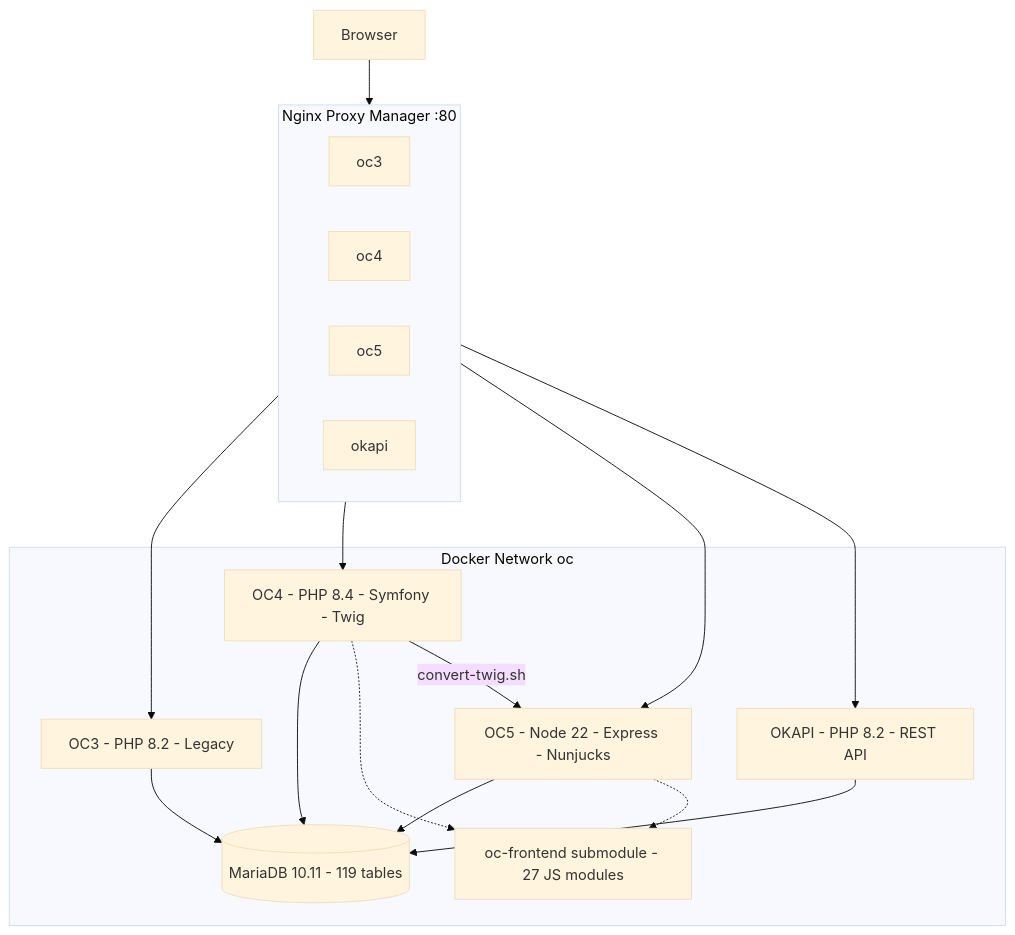
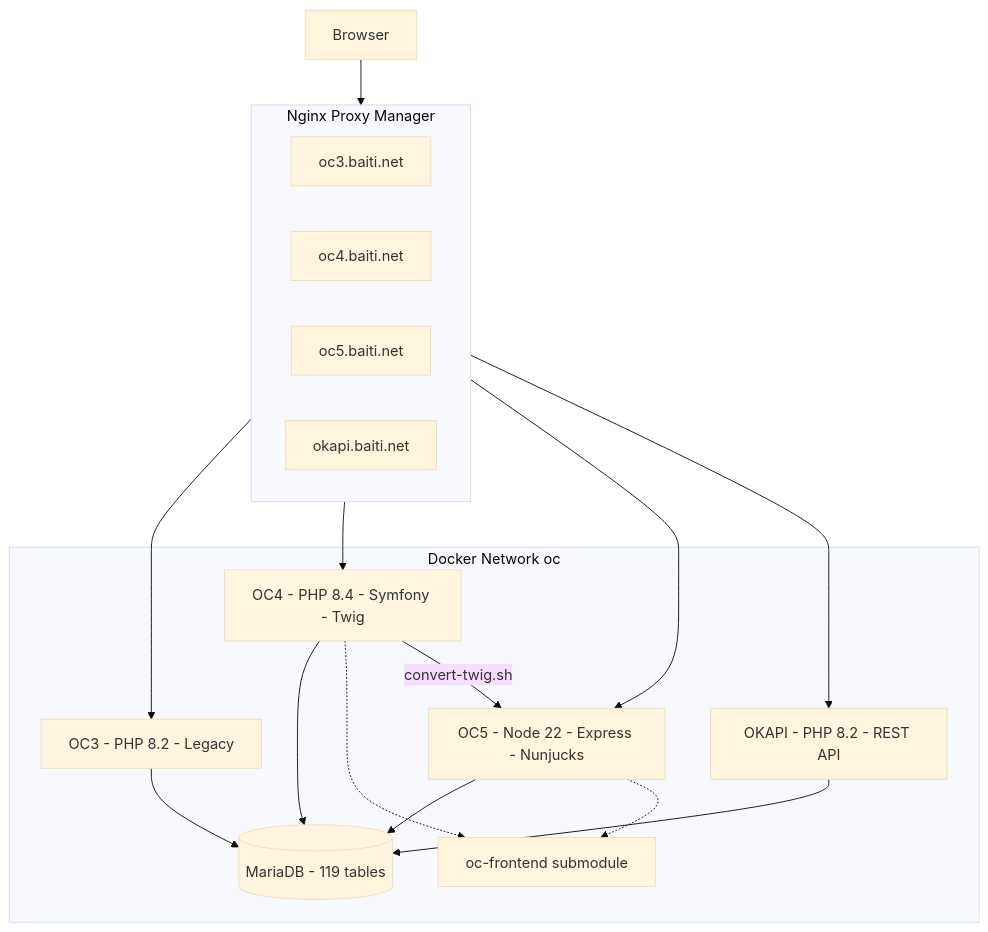
Before and after one commit to hxdimpf/oc5: the first of 4 diagrams in public/docs/architecture.md, drawn with Mermaid (base theme). The commit also changed other lines of this file, not shown here.

Commit message:
docs: sync — explicit mermaid arrows

````diff
--- a/public/docs/architecture.md
+++ b/public/docs/architecture.md
@@ -9,19 +9,29 @@
 ```mermaid
-graph TD
+flowchart TD
     U[Browser] --> NPM
-    subgraph NPM[Nginx Proxy Manager :80]
-        R1[oc3] & R2[oc4] & R3[oc5] & R4[okapi]
+    NPM --> A
+    NPM --> B
+    NPM --> C
+    NPM --> D
+    A --> E
+    B --> E
+    C --> E
+    D --> E
+    B -.-> F
+    C -.-> F
+    B -->|convert-twig.sh| C
+    subgraph NPM[Nginx Proxy Manager]
+        R1[oc3.baiti.net]
+        R2[oc4.baiti.net]
+        R3[oc5.baiti.net]
+        R4[okapi.baiti.net]
     end
     subgraph OC[Docker Network oc]
         A[OC3 - PHP 8.2 - Legacy]
         B[OC4 - PHP 8.4 - Symfony - Twig]
         C[OC5 - Node 22 - Express - Nunjucks]
         D[OKAPI - PHP 8.2 - REST API]
-        E[(MariaDB 10.11 - 119 tables)]
-        F[oc-frontend submodule - 27 JS modules]
+        E[(MariaDB - 119 tables)]
+        F[oc-frontend submodule]
     end
-    NPM --> A & B & C & D
-    A & B & C & D --> E
-    B & C -.-> F
-    B -->|convert-twig.sh| C
 ```
````
